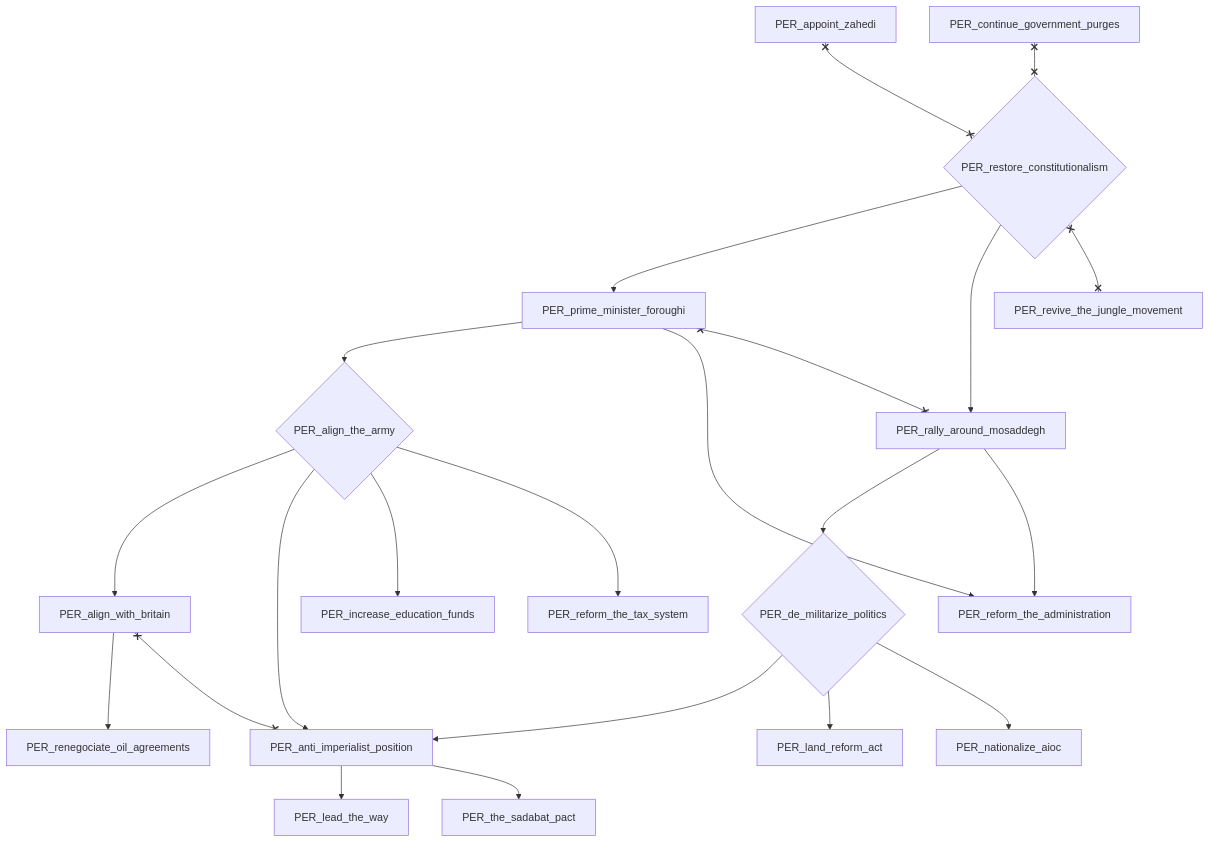
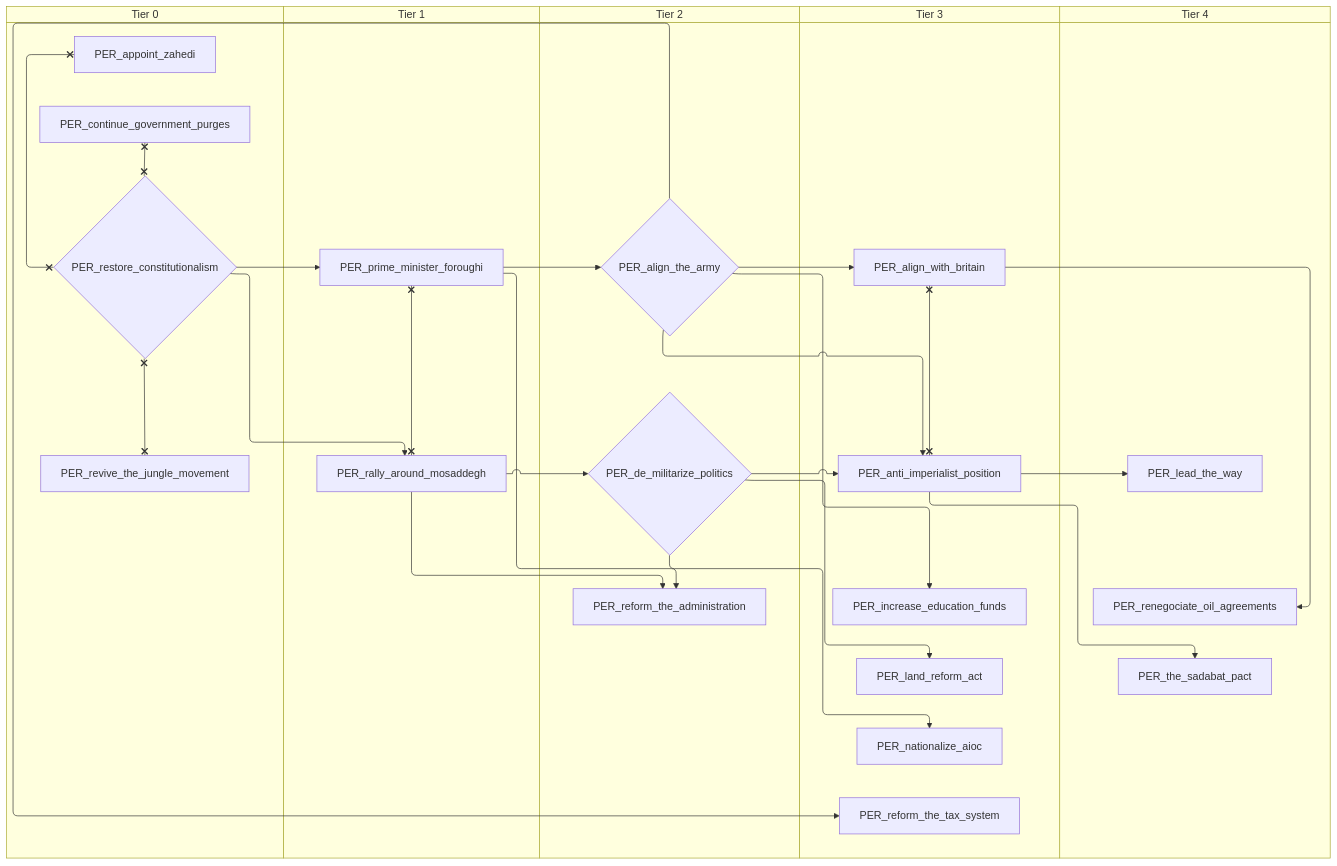
Before and after one commit to evgeny-sobol/hoi4-sandbox-mode-r56: the eighth of 9 diagrams in docs/gdd/National Focuses/r56/r56_persia.md, drawn with Mermaid. The commit also changed other lines of this file and 423 other files, not shown here.

First line of the commit message:
Re-export Rt56 focus trees as swimlane diagrams

````diff
--- a/docs/gdd/National Focuses/r56/r56_persia.md
+++ b/docs/gdd/National Focuses/r56/r56_persia.md
@@ -347,42 +427,52 @@
 ```mermaid
-flowchart TD
-    n86{"PER_align_the_army"}
-    n87["PER_align_with_britain"]
-    n88["PER_anti_imperialist_position"]
-    n36["PER_appoint_zahedi"]
-    n37["PER_continue_government_purges"]
-    n89{"PER_de_militarize_politics"}
-    n90["PER_increase_education_funds"]
-    n91["PER_land_reform_act"]
-    n92["PER_lead_the_way"]
-    n93["PER_nationalize_aioc"]
-    n94["PER_prime_minister_foroughi"]
-    n95["PER_rally_around_mosaddegh"]
-    n96["PER_reform_the_administration"]
-    n97["PER_reform_the_tax_system"]
-    n98["PER_renegociate_oil_agreements"]
-    n50{"PER_restore_constitutionalism"}
-    n52["PER_revive_the_jungle_movement"]
-    n99["PER_the_sadabat_pact"]
-    n94 --> n86
-    n86 --> n87
+swimlane-beta TD
+    subgraph tier_0["Tier 0"]
+        n35["PER_appoint_zahedi"]
+        n36["PER_continue_government_purges"]
+        n38{"PER_restore_constitutionalism"}
+        n39["PER_revive_the_jungle_movement"]
+    end
+    subgraph tier_1["Tier 1"]
+        n86["PER_prime_minister_foroughi"]
+        n87["PER_rally_around_mosaddegh"]
+    end
+    subgraph tier_2["Tier 2"]
+        n88{"PER_align_the_army"}
+        n89{"PER_de_militarize_politics"}
+        n90["PER_reform_the_administration"]
+    end
+    subgraph tier_3["Tier 3"]
+        n91["PER_align_with_britain"]
+        n92["PER_anti_imperialist_position"]
+        n93["PER_increase_education_funds"]
+        n94["PER_land_reform_act"]
+        n95["PER_nationalize_aioc"]
+        n96["PER_reform_the_tax_system"]
+    end
+    subgraph tier_4["Tier 4"]
+        n97["PER_lead_the_way"]
+        n98["PER_renegociate_oil_agreements"]
+        n99["PER_the_sadabat_pact"]
+    end
     n86 --> n88
-    n89 --> n88
-    n95 --> n89
+    n88 --> n91
+    n88 --> n92
+    n89 --> n92
+    n87 --> n89
+    n88 --> n93
+    n89 --> n94
+    n92 --> n97
+    n89 --> n95
+    n38 --> n86
+    n38 --> n87
+    n87 --> n90
     n86 --> n90
-    n89 --> n91
-    n88 --> n92
-    n89 --> n93
-    n50 --> n94
-    n50 --> n95
-    n95 --> n96
-    n94 --> n96
-    n86 --> n97
-    n87 --> n98
-    n88 --> n99
-    n87 x--x n88
-    n36 x--x n50
-    n37 x--x n50
-    n94 x--x n95
-    n50 x--x n52
+    n88 --> n96
+    n91 --> n98
+    n92 --> n99
+    n91 x--x n92
+    n35 x--x n38
+    n36 x--x n38
+    n86 x--x n87
+    n38 x--x n39
 ```
````
